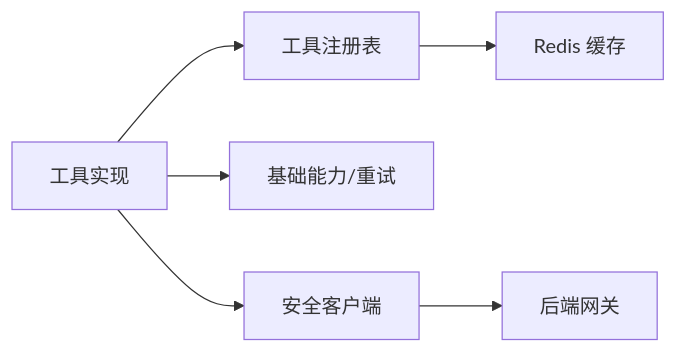
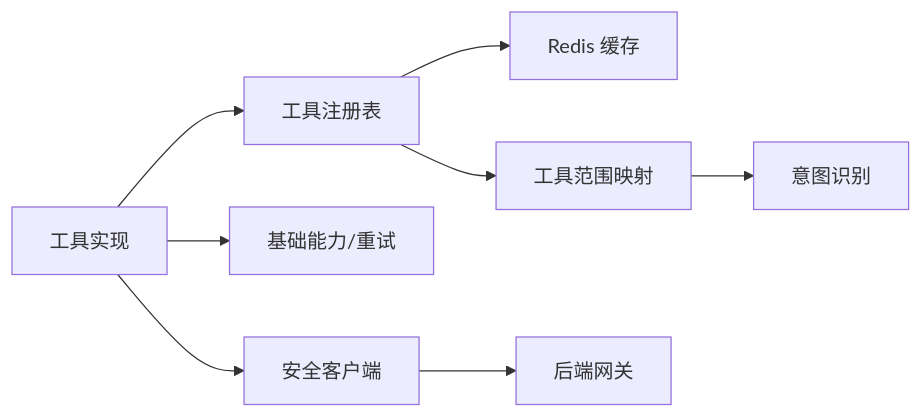
Diagram 12 of 12 in .qoder/repowiki/zh/content/AI智能代理系统/工具链集成系统/工具链集成系统.md (songlinhe5-lab/quant_agent), drawn with Mermaid before and after one commit. The commit also changed other lines of this file and 296 other files, not shown here.

````diff
--- a/.qoder/repowiki/zh/content/AI智能代理系统/工具链集成系统/工具链集成系统.md
+++ b/.qoder/repowiki/zh/content/AI智能代理系统/工具链集成系统/工具链集成系统.md
@@ -332,8 +424,10 @@
 ```mermaid
 graph LR
 Tools["工具实现"] --> Registry["工具注册表"]
 Registry --> Cache["Redis 缓存"]
 Tools --> Base["基础能力/重试"]
 Tools --> Secure["安全客户端"]
 Secure --> Backend["后端网关"]
+Registry --> Scopes["工具范围映射"]
+Scopes --> Intent["意图识别"]
 ```
````
